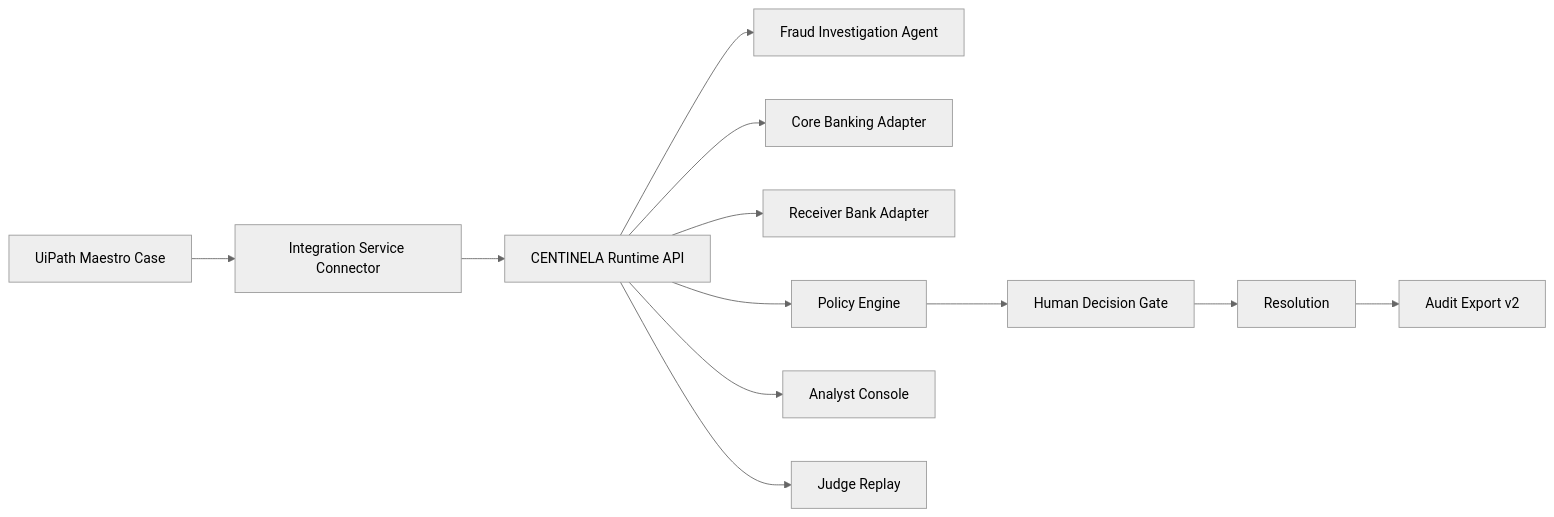
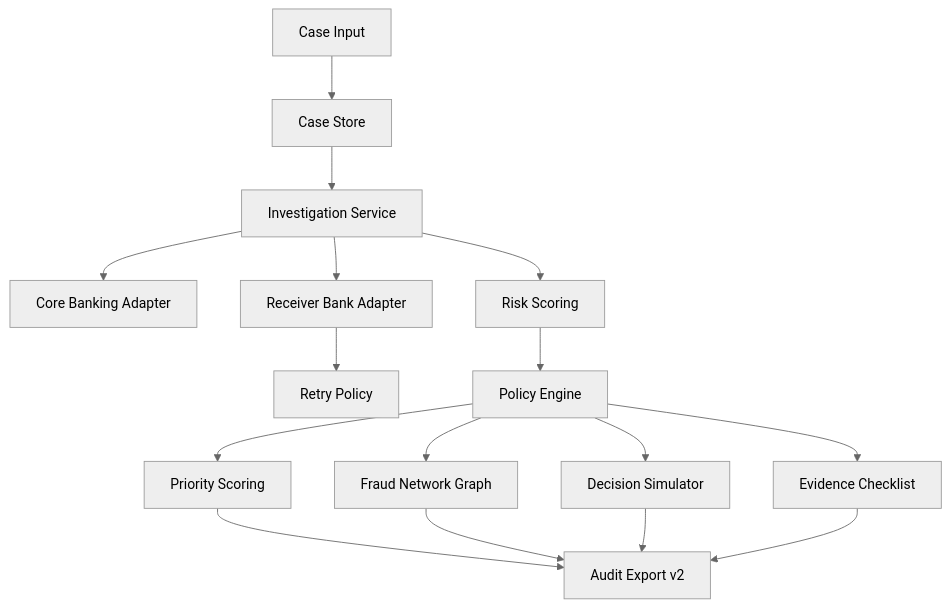
Before and after one commit to jpablortiz96/centinela-uipath-agenthack: the second of 2 diagrams in README.md, drawn with Mermaid (neutral theme). The commit also changed other lines of this file and 2 other files, not shown here.

Commit message:
Rewrite README UiPath submission

````diff
--- a/README.md
+++ b/README.md
@@ -79,14 +121,18 @@
 ```mermaid
-flowchart LR
-A[UiPath Maestro Case] --> B[Integration Service Connector]
-B --> C[CENTINELA Runtime API]
-C --> D[Fraud Investigation Agent]
-C --> E[Core Banking Adapter]
-C --> F[Receiver Bank Adapter]
-C --> G[Policy Engine]
-G --> H[Human Decision Gate]
-H --> I[Resolution]
-I --> J[Audit Export v2]
-C --> K[Analyst Console]
-C --> L[Judge Replay]
+flowchart TD
+A[Case Input] --> B[Case Store]
+B --> C[Investigation Service]
+C --> D[Core Banking Adapter]
+C --> E[Receiver Bank Adapter]
+E --> F[Retry Policy]
+C --> G[Risk Scoring]
+G --> H[Policy Engine]
+H --> I[Priority Scoring]
+H --> J[Fraud Network Graph]
+H --> K[Decision Simulator]
+H --> L[Evidence Checklist]
+I --> M[Audit Export v2]
+J --> M
+K --> M
+L --> M
 ```
````
